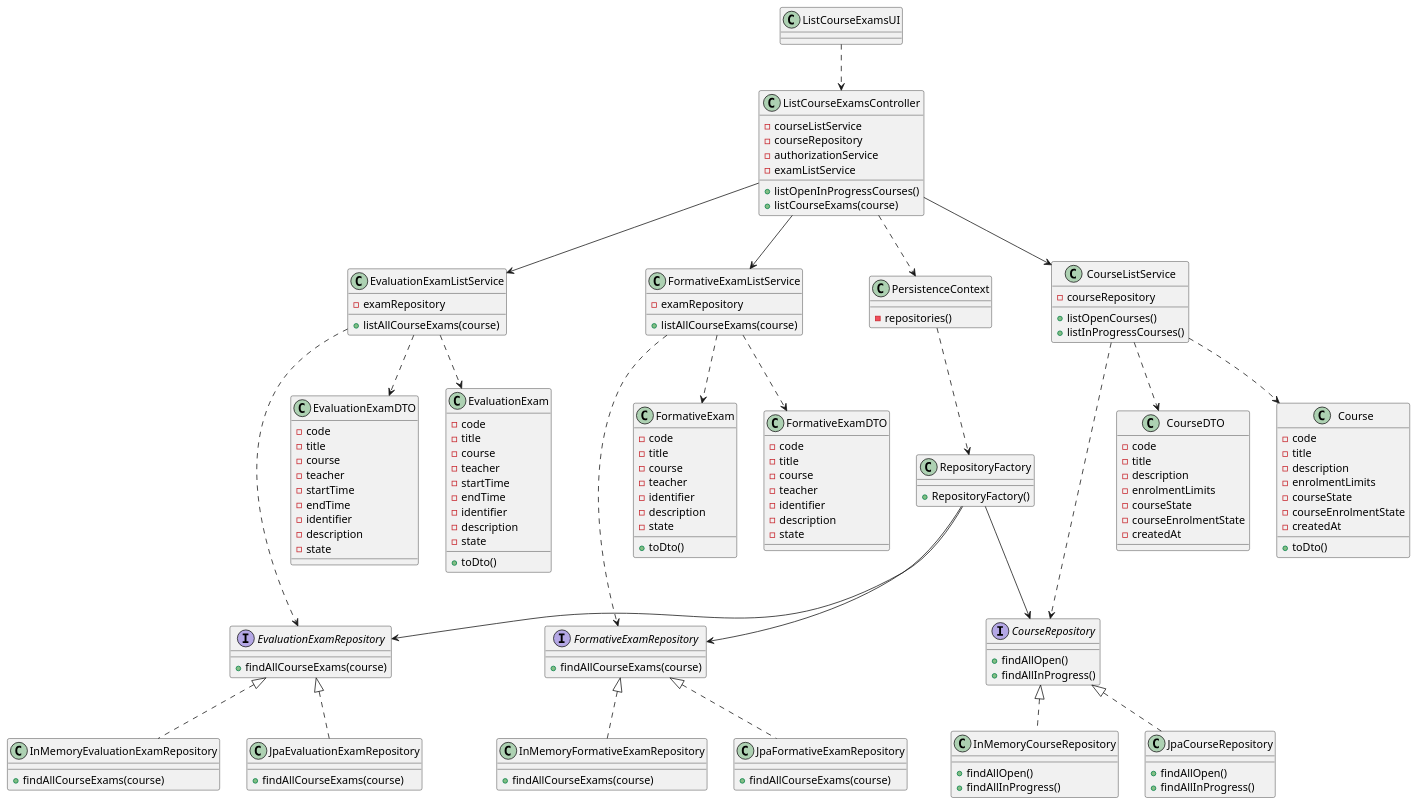
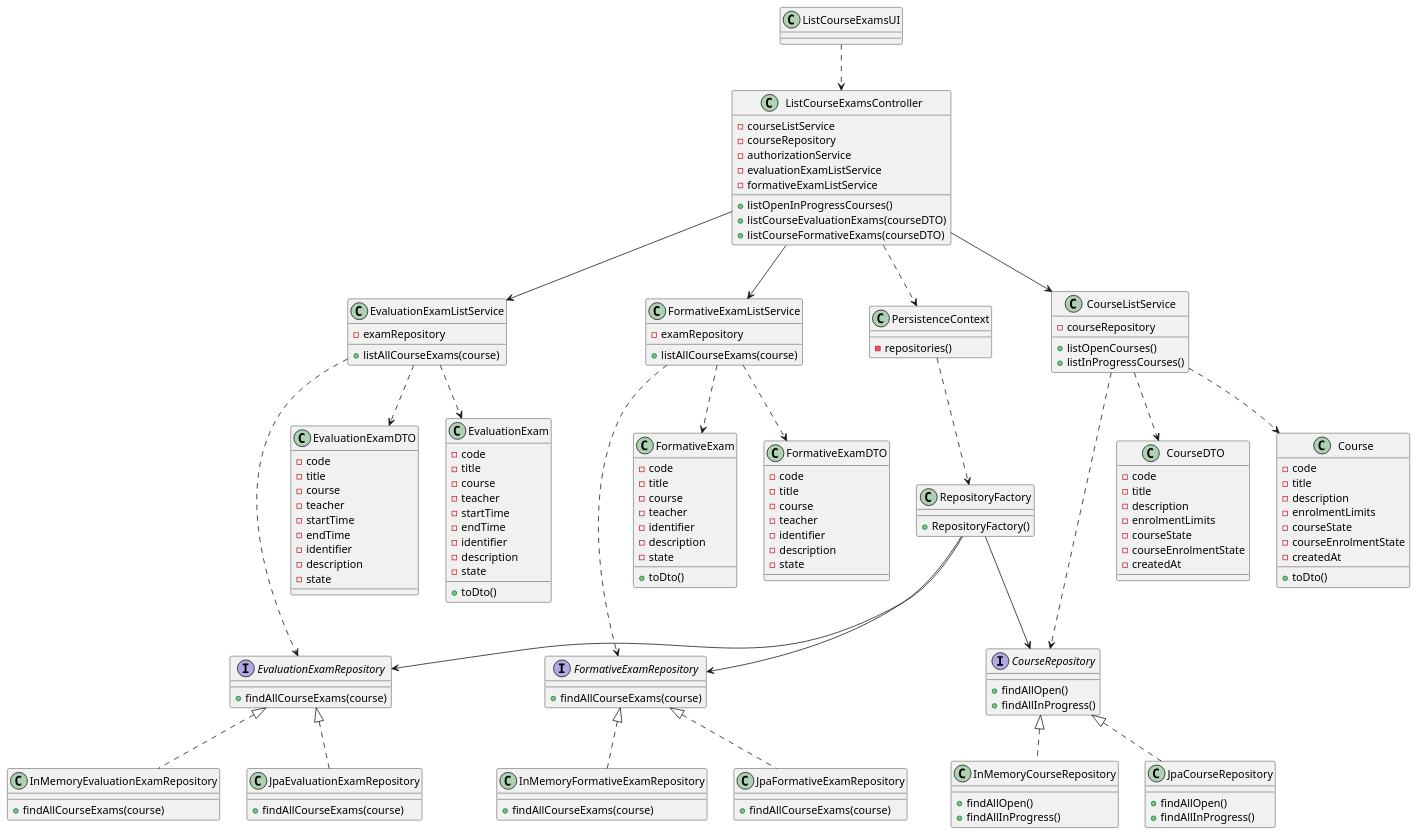
Before and after one commit to miseEnPlace-dev/lapr4: the diagram in docs/sprint-b/us23-2003/US2003_CD.puml, drawn with PlantUML. The commit also changed 1 other file, not shown here.

```diff
--- a/docs/sprint-b/us23-2003/US2003_CD.puml
+++ b/docs/sprint-b/us23-2003/US2003_CD.puml
@@ -1,189 +1,191 @@
 @startuml US2003_CD
 
 class ListCourseExamsUI {
 
 }
 
 class ListCourseExamsController {
 - courseListService
 - courseRepository
 - authorizationService
-- examListService
+- evaluationExamListService
+- formativeExamListService
 + listOpenInProgressCourses()
-+ listCourseExams(course)
++ listCourseEvaluationExams(courseDTO)
++ listCourseFormativeExams(courseDTO)
 }
 
 
 class Course {
   - code
   - title
   - description
   - enrolmentLimits
   - courseState
   - courseEnrolmentState
   - createdAt
   + toDto()
 }
 
 class RepositoryFactory {
   + RepositoryFactory()
 }
 
 interface CourseRepository {
   + findAllOpen()
   + findAllInProgress()
 }
 
 interface EvaluationExamRepository {
 + findAllCourseExams(course)
 }
 
 interface FormativeExamRepository {
 + findAllCourseExams(course)
 }
 
 class EvaluationExamListService {
 - examRepository
 + listAllCourseExams(course)
 }
 
 class FormativeExamListService {
 - examRepository
 + listAllCourseExams(course)
 }
 
 class CourseListService {
   - courseRepository
 
   + listOpenCourses()
   + listInProgressCourses()
 }
 
 
 class EvaluationExamDTO {
 - code
 - title
 - course
 - teacher
 - startTime
 - endTime
 - identifier
 - description
 - state
 }
 
 class EvaluationExam {
 - code
 - title
 - course
 - teacher
 - startTime
 - endTime
 - identifier
 - description
 - state
 + toDto()
 }
 
 class FormativeExam {
 - code
 - title
 - course
 - teacher
 - identifier
 - description
 - state
 + toDto()
 }
 
 class FormativeExamDTO {
 - code
 - title
 - course
 - teacher
 - identifier
 - description
 - state
 }
 
 class CourseDTO {
   - code
   - title
   - description
   - enrolmentLimits
   - courseState
   - courseEnrolmentState
   - createdAt
 }
 
 
 
 class InMemoryCourseRepository {
   + findAllOpen()
   + findAllInProgress()
 }
 
 class JpaCourseRepository {
   + findAllOpen()
   + findAllInProgress()
 }
 
 class InMemoryFormativeExamRepository {
 + findAllCourseExams(course)
 }
 
 class JpaFormativeExamRepository {
 + findAllCourseExams(course)
 }
 
 class InMemoryEvaluationExamRepository {
 + findAllCourseExams(course)
 }
 
 class JpaEvaluationExamRepository {
 + findAllCourseExams(course)
 }
 
 class PersistenceContext {
   - repositories()
 }
 
 
 PersistenceContext ..> RepositoryFactory
 RepositoryFactory --> CourseRepository
 RepositoryFactory --> FormativeExamRepository
 RepositoryFactory --> EvaluationExamRepository
 
 CourseRepository <|.. InMemoryCourseRepository
 CourseRepository <|.. JpaCourseRepository
 
 EvaluationExamRepository <|.. InMemoryEvaluationExamRepository
 EvaluationExamRepository <|.. JpaEvaluationExamRepository
 
 FormativeExamRepository <|.. InMemoryFormativeExamRepository
 FormativeExamRepository <|.. JpaFormativeExamRepository
 
 
 ListCourseExamsController ..> PersistenceContext
 ListCourseExamsUI ..> ListCourseExamsController
 
 
 CourseListService ..> Course
 CourseListService ..> CourseRepository
 
 FormativeExamListService ..> FormativeExamDTO
 FormativeExamListService ..> FormativeExam
 
 EvaluationExamListService ..> EvaluationExamDTO
 EvaluationExamListService ..> EvaluationExam
 
 CourseListService ..> CourseDTO
 ListCourseExamsController --> FormativeExamListService
 ListCourseExamsController --> CourseListService
 ListCourseExamsController --> EvaluationExamListService
 
 EvaluationExamListService ..> EvaluationExamRepository
 FormativeExamListService ..> FormativeExamRepository
 
 
 @enduml
```
